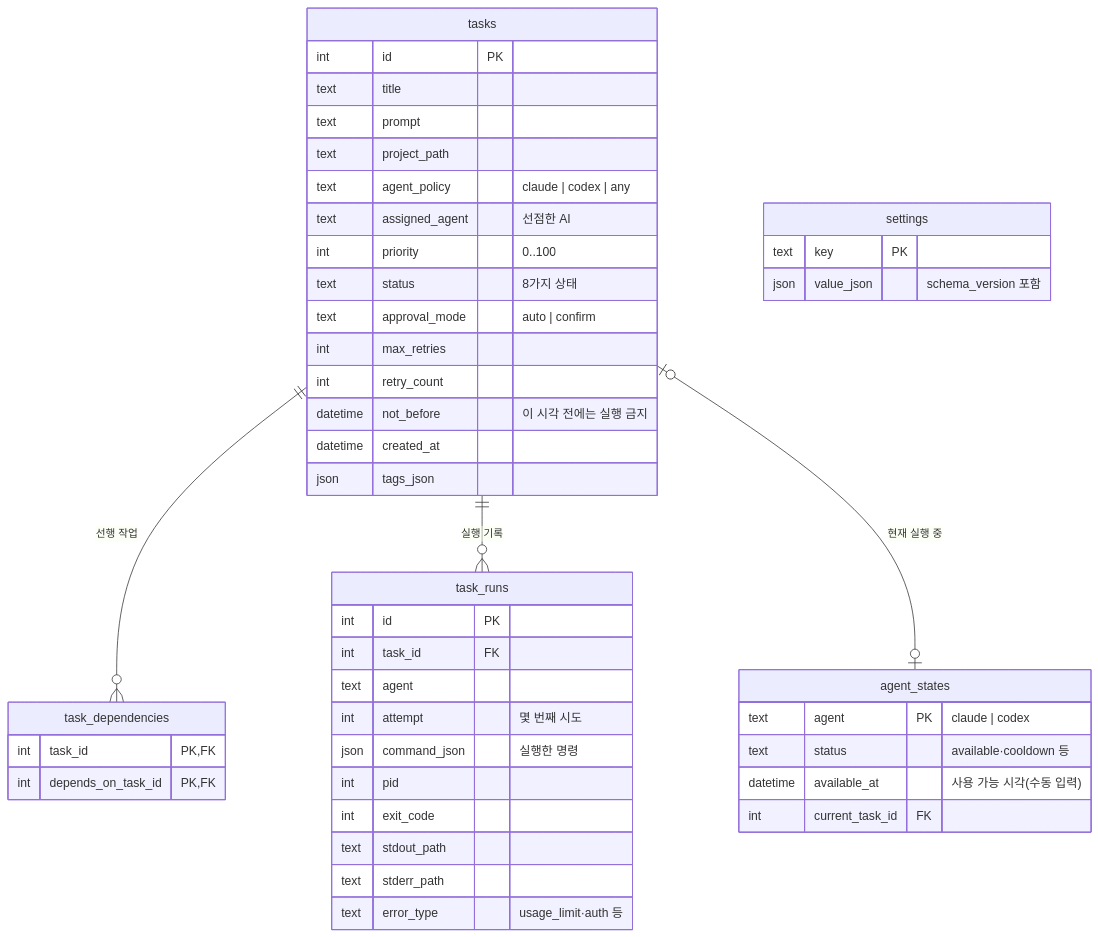
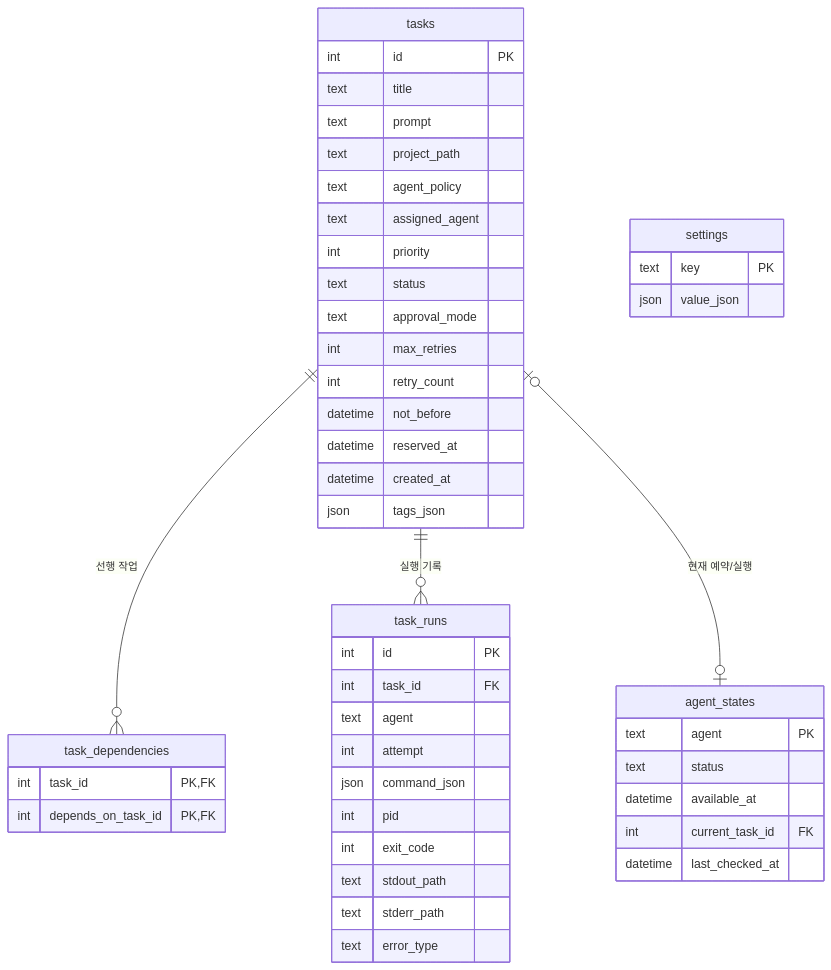
One commit to jasonwpgml/AQR changed the second of 4 diagrams in ai-queue-runner/docs/ARCHITECTURE.md. Above: the diagram before and after it, drawn with Mermaid. The commit also changed other lines of this file and 57 other files, not shown here.

````diff
--- a/ai-queue-runner/docs/ARCHITECTURE.md
+++ b/ai-queue-runner/docs/ARCHITECTURE.md
@@ -55,49 +62,51 @@
 ```mermaid
 erDiagram
     tasks {
         int id PK
         text title
         text prompt
         text project_path
-        text agent_policy "claude | codex | any"
-        text assigned_agent "선점한 AI"
-        int priority "0..100"
-        text status "8가지 상태"
-        text approval_mode "auto | confirm"
+        text agent_policy
+        text assigned_agent
+        int priority
+        text status
+        text approval_mode
         int max_retries
         int retry_count
-        datetime not_before "이 시각 전에는 실행 금지"
+        datetime not_before
+        datetime reserved_at
         datetime created_at
         json tags_json
     }
     task_dependencies {
-        int task_id PK, FK
-        int depends_on_task_id PK, FK
+        int task_id PK,FK
+        int depends_on_task_id PK,FK
     }
     agent_states {
-        text agent PK "claude | codex"
-        text status "available·cooldown 등"
-        datetime available_at "사용 가능 시각(수동 입력)"
+        text agent PK
+        text status
+        datetime available_at
         int current_task_id FK
+        datetime last_checked_at
     }
     task_runs {
         int id PK
         int task_id FK
         text agent
-        int attempt "몇 번째 시도"
-        json command_json "실행한 명령"
+        int attempt
+        json command_json
         int pid
         int exit_code
         text stdout_path
         text stderr_path
-        text error_type "usage_limit·auth 등"
+        text error_type
     }
     settings {
         text key PK
-        json value_json "schema_version 포함"
+        json value_json
     }
 
     tasks ||--o{ task_dependencies : "선행 작업"
     tasks ||--o{ task_runs : "실행 기록"
-    tasks |o--o| agent_states : "현재 실행 중"
+    tasks |o--o| agent_states : "현재 예약/실행"
 ```
````
